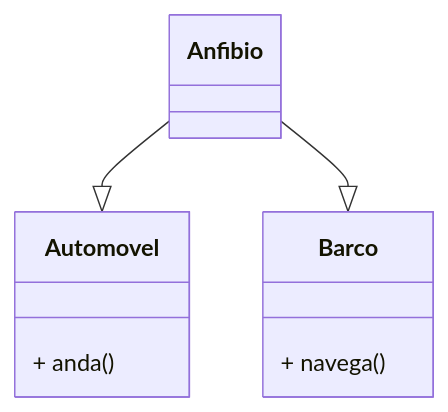
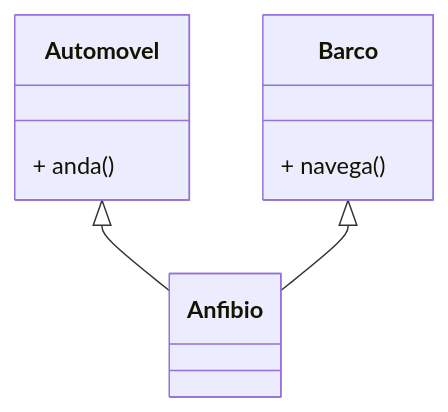
Before and after one commit to efojunior/It_NeoCamp_Java: the first of 4 diagrams in 14.md, drawn with Mermaid. The commit also changed other lines of this file and 2 other files, not shown here.

````diff
--- a/14.md
+++ b/14.md
@@ -7,15 +7,15 @@
 ```mermaid
 classDiagram
 class Automovel {
 + anda() 
 }
 class Barco {
 + navega() 
 }
 class Anfibio {
  
 }
 
-Anfibio --|> Automovel
-Anfibio --|> Barco
+Automovel <|-- Anfibio
+Barco <|-- Anfibio
 ```
````
